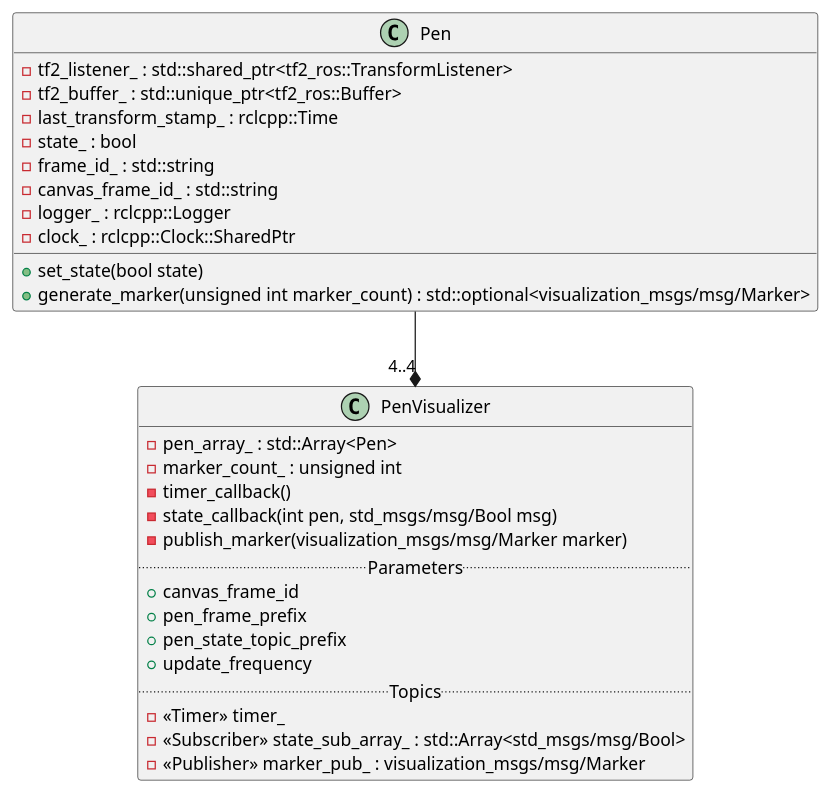
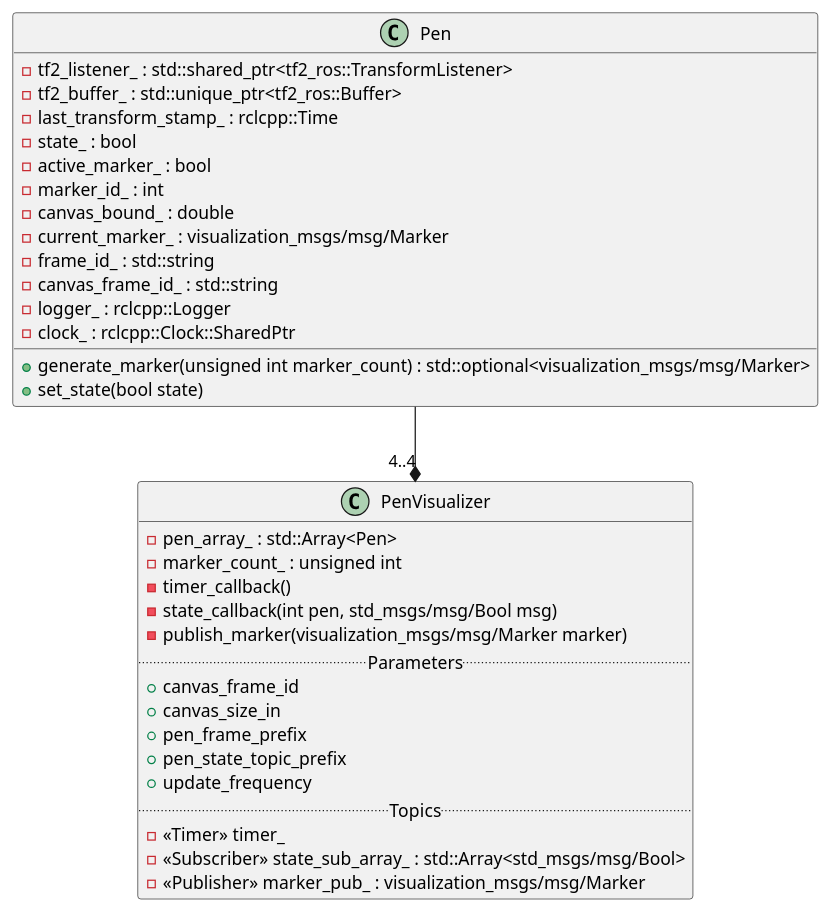
One commit to zbrotherton/RRC-RAI-ROS2 changed the first of 2 diagrams in docs/puml/pen_visualizer.puml. Above: the diagram before and after it, drawn with PlantUML.

Commit message:
Update puml class diagrams

```diff
--- a/docs/puml/pen_visualizer.puml
+++ b/docs/puml/pen_visualizer.puml
@@ -1,34 +1,39 @@
 @startuml PenVisualizerClass
 
 class Pen{
     -tf2_listener_ : std::shared_ptr<tf2_ros::TransformListener>
     -tf2_buffer_ : std::unique_ptr<tf2_ros::Buffer>
     -last_transform_stamp_ : rclcpp::Time 
     -state_ : bool
+    -active_marker_ : bool
+    -marker_id_ : int
+    -canvas_bound_ : double
+    -current_marker_ : visualization_msgs/msg/Marker
     -frame_id_ : std::string
     -canvas_frame_id_ : std::string
     -logger_ : rclcpp::Logger
     -clock_ : rclcpp::Clock::SharedPtr
+    +generate_marker(unsigned int marker_count) : std::optional<visualization_msgs/msg/Marker>
     +set_state(bool state)
-    +generate_marker(unsigned int marker_count) : std::optional<visualization_msgs/msg/Marker>
 }
 
 class PenVisualizer{
     -pen_array_ : std::Array<Pen>
     -marker_count_ : unsigned int
     -timer_callback()
     -state_callback(int pen, std_msgs/msg/Bool msg)
     -publish_marker(visualization_msgs/msg/Marker marker)
     .. Parameters ..
     +canvas_frame_id
+    +canvas_size_in
     +pen_frame_prefix
     +pen_state_topic_prefix
     +update_frequency
     .. Topics ..
     -<<Timer>> timer_
     -<<Subscriber>> state_sub_array_ : std::Array<std_msgs/msg/Bool>
     -<<Publisher>> marker_pub_ : visualization_msgs/msg/Marker
 }
 
 Pen --* "4..4" PenVisualizer
 @enduml
```
